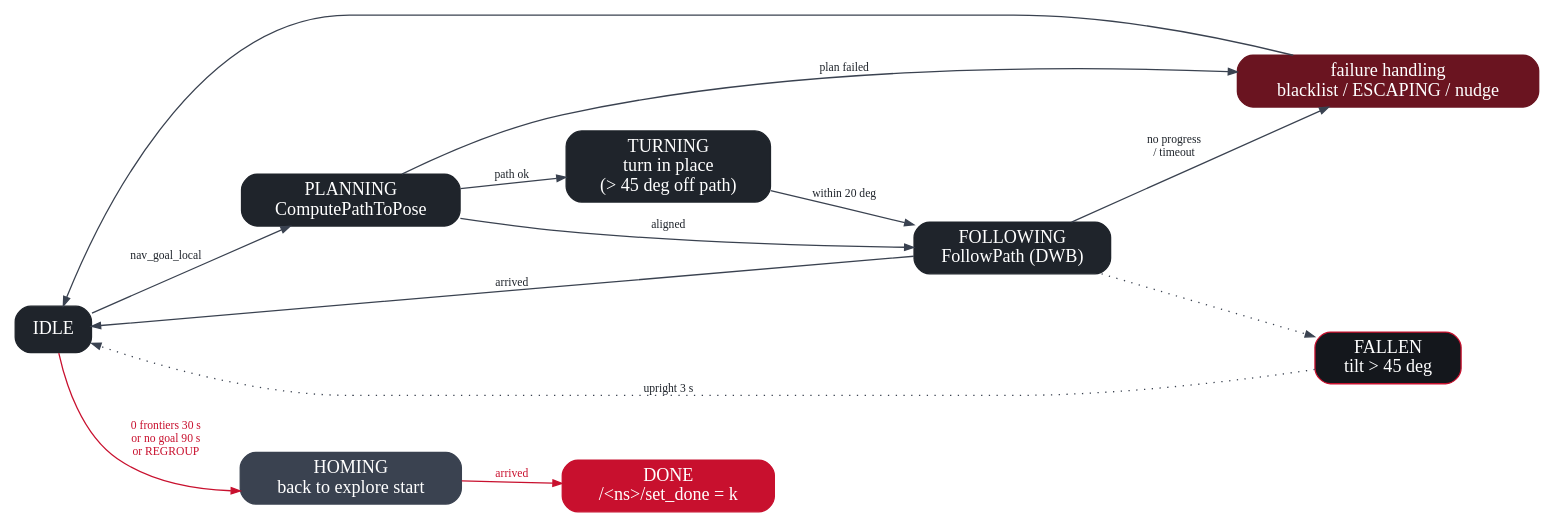
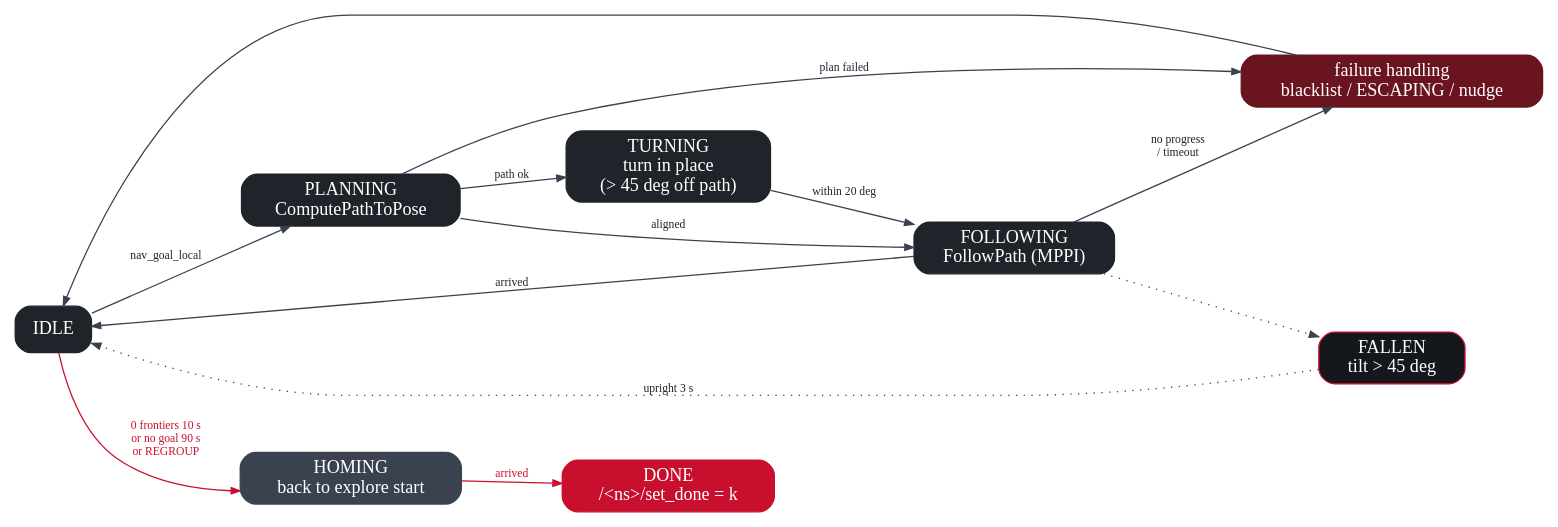
The diagram in docs_site/diagrams/nav_executor_states.dot (nhd2642/ros2_hw), drawn with Graphviz before and after one commit. The commit also changed 59 other files, not shown here.

```diff
--- a/docs_site/diagrams/nav_executor_states.dot
+++ b/docs_site/diagrams/nav_executor_states.dot
@@ -1,15 +1,15 @@
 digraph nav_executor {
   rankdir=LR; nodesep=0.35; ranksep=0.55;
   node [shape=box, style="rounded,filled", fillcolor="#1F242B", fontcolor="white", color="#1F242B", margin="0.15,0.07"];
   edge [color="#3A4250", fontcolor="#1F242B", arrowsize=0.7, fontsize=9];
-  IDLE; PLANNING [label="PLANNING\nComputePathToPose"]; TURNING [label="TURNING\nturn in place\n(> 45 deg off path)"]; FOLLOWING [label="FOLLOWING\nFollowPath (DWB)"];
+  IDLE; PLANNING [label="PLANNING\nComputePathToPose"]; TURNING [label="TURNING\nturn in place\n(> 45 deg off path)"]; FOLLOWING [label="FOLLOWING\nFollowPath (MPPI)"];
   FAIL [label="failure handling\nblacklist / ESCAPING / nudge", fillcolor="#6A1420", color="#6A1420"];
   HOMING [label="HOMING\nback to explore start", fillcolor="#3A4250", color="#3A4250"]; DONE [fillcolor="#C8102E", color="#C8102E", label="DONE\n/<ns>/set_done = k"];
   FALLEN [label="FALLEN\ntilt > 45 deg", fillcolor="#14171C", color="#C8102E"];
   IDLE -> PLANNING [label=" nav_goal_local"]; PLANNING -> TURNING [label=" path ok"]; PLANNING -> FOLLOWING [label=" aligned"];
   TURNING -> FOLLOWING [label=" within 20 deg"]; FOLLOWING -> IDLE [label=" arrived"];
   PLANNING -> FAIL [label=" plan failed"]; FOLLOWING -> FAIL [label=" no progress\n/ timeout"]; FAIL -> IDLE;
-  IDLE -> HOMING [label=" 0 frontiers 30 s\nor no goal 90 s\nor REGROUP", color="#C8102E", fontcolor="#C8102E"];
+  IDLE -> HOMING [label=" 0 frontiers 10 s\nor no goal 90 s\nor REGROUP", color="#C8102E", fontcolor="#C8102E"];
   HOMING -> DONE [label=" arrived", color="#C8102E", fontcolor="#C8102E"];
   FOLLOWING -> FALLEN [style=dotted]; FALLEN -> IDLE [label=" upright 3 s", style=dotted];
 }
```
